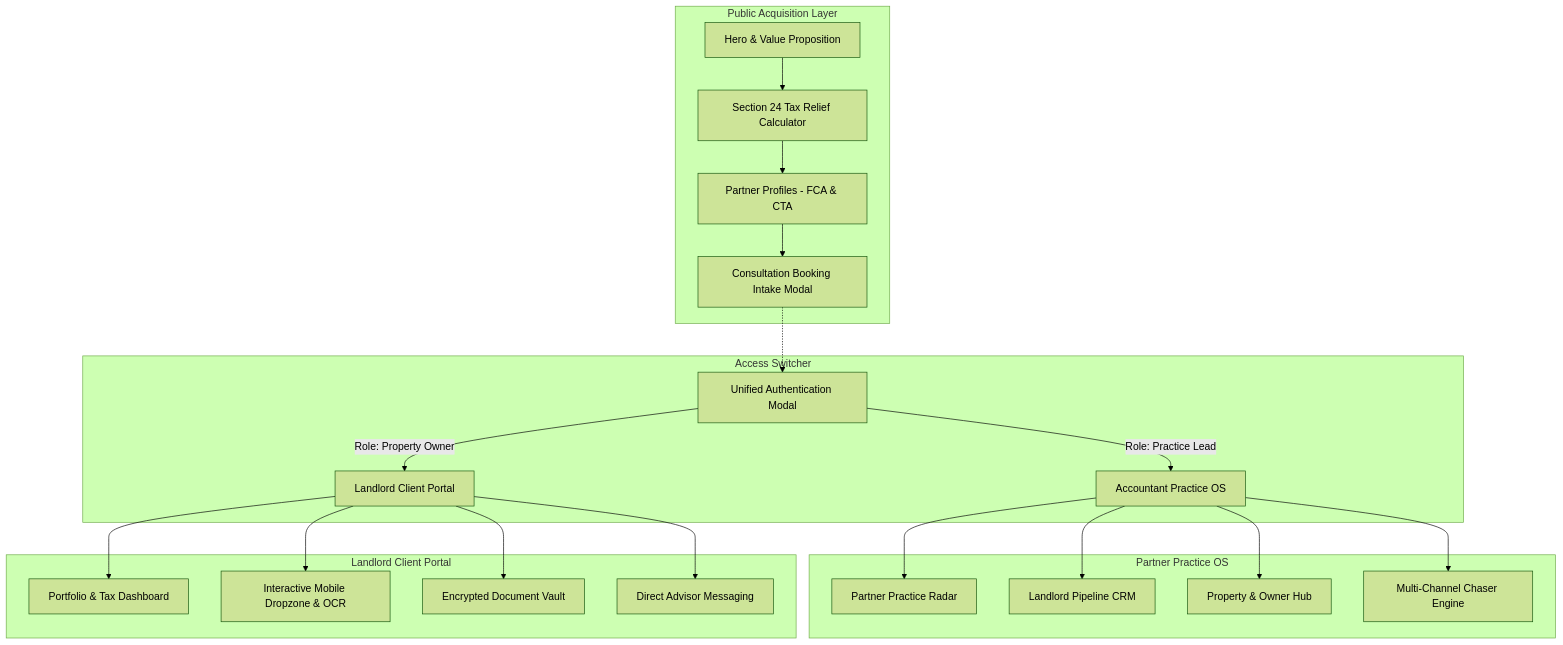
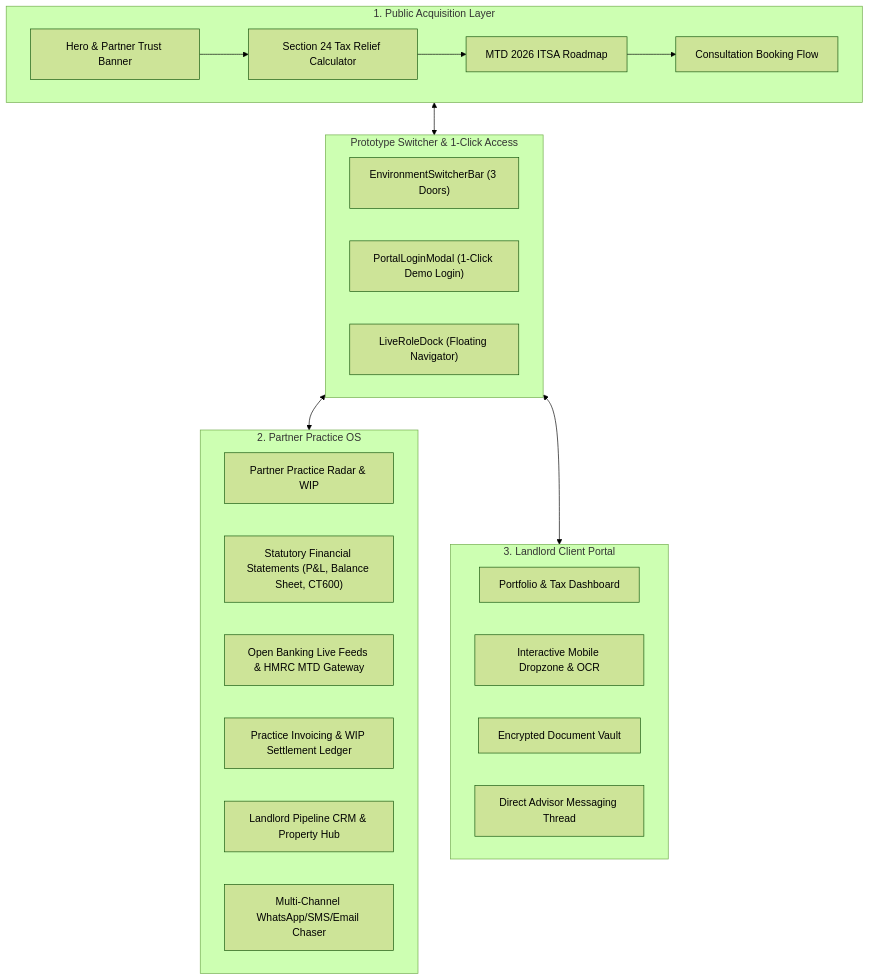
Before and after one commit to echelonsystemsgd-deep/uk-accountancy-os-prototype: the diagram in README.md, drawn with Mermaid (forest theme). The commit also changed other lines of this file, not shown here.

Commit message:
docs: expand README with complete statutory modules, open banking, mobile immersion, and prototype review mode

````diff
--- a/README.md
+++ b/README.md
@@ -20,28 +42,34 @@
 ```mermaid
 flowchart TD
-    subgraph Public["Public Acquisition Layer"]
-        A[Hero & Value Proposition] --> B[Section 24 Tax Relief Calculator]
-        B --> C[Partner Profiles - FCA & CTA]
-        C --> D[Consultation Booking Intake Modal]
+    subgraph Public["1. Public Acquisition Layer"]
+        A["Hero & Partner Trust Banner"] --> B["Section 24 Tax Relief Calculator"]
+        B --> C["MTD 2026 ITSA Roadmap"]
+        C --> D["Consultation Booking Flow"]
     end
 
-    subgraph Auth["Access Switcher"]
-        D -.-> E[Unified Authentication Modal]
-        E -->|Role: Practice Lead| F[Accountant Practice OS]
-        E -->|Role: Property Owner| G[Landlord Client Portal]
+    subgraph ProtoMode["Prototype Switcher & 1-Click Access"]
+        E["EnvironmentSwitcherBar (3 Doors)"]
+        F["PortalLoginModal (1-Click Demo Login)"]
+        G["LiveRoleDock (Floating Navigator)"]
     end
 
-    subgraph AccountantOS["Partner Practice OS"]
-        F --> F1[Partner Practice Radar]
-        F --> F2[Landlord Pipeline CRM]
-        F --> F3[Property & Owner Hub]
-        F --> F4[Multi-Channel Chaser Engine]
+    subgraph AccountantOS["2. Partner Practice OS"]
+        H["Partner Practice Radar & WIP"]
+        I["Statutory Financial Statements (P&L, Balance Sheet, CT600)"]
+        J["Open Banking Live Feeds & HMRC MTD Gateway"]
+        K["Practice Invoicing & WIP Settlement Ledger"]
+        L["Landlord Pipeline CRM & Property Hub"]
+        M["Multi-Channel WhatsApp/SMS/Email Chaser"]
     end
 
-    subgraph ClientPortal["Landlord Client Portal"]
-        G --> G1[Portfolio & Tax Dashboard]
-        G --> G2[Interactive Mobile Dropzone & OCR]
-        G --> G3[Encrypted Document Vault]
-        G --> G4[Direct Advisor Messaging]
+    subgraph ClientPortal["3. Landlord Client Portal"]
+        N["Portfolio & Tax Dashboard"]
+        O["Interactive Mobile Dropzone & OCR"]
+        P["Encrypted Document Vault"]
+        Q["Direct Advisor Messaging Thread"]
     end
+
+    Public <--> ProtoMode
+    ProtoMode <--> AccountantOS
+    ProtoMode <--> ClientPortal
 ```
````
